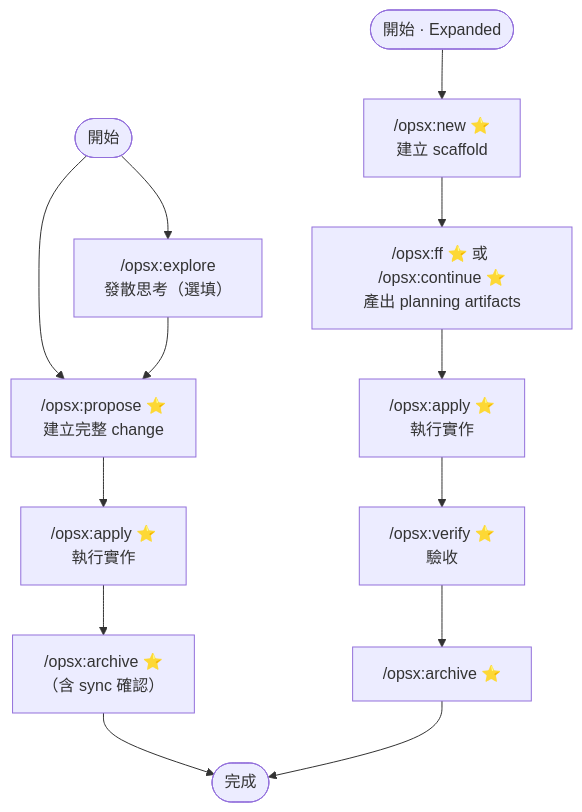
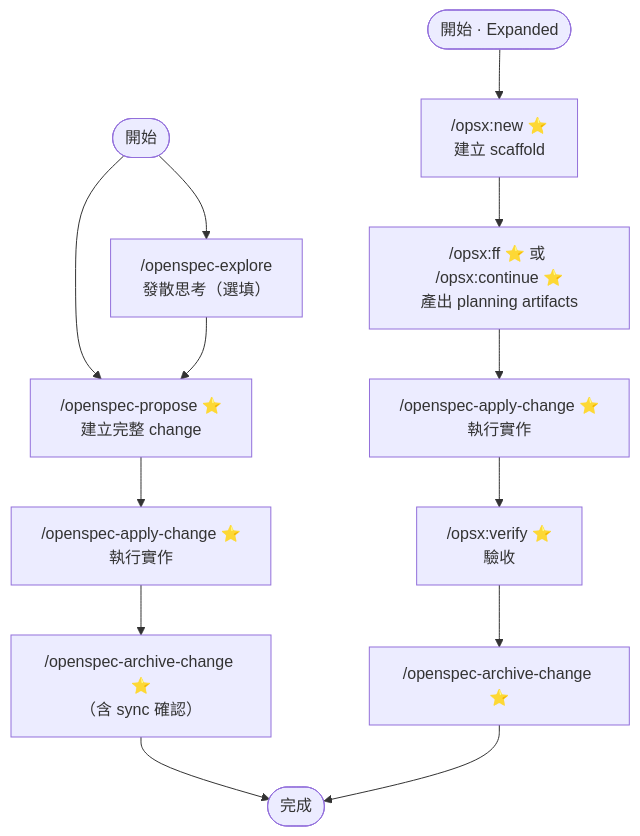
Before and after one commit to lllloo/obsidian-memory: the first of 2 diagrams in Topics/AI-Agent-工作流/OpenSpec/OpenSpec-流程.md, drawn with Mermaid. The commit also changed other lines of this file, not shown here.

````diff
--- a/Topics/AI-Agent-工作流/OpenSpec/OpenSpec-流程.md
+++ b/Topics/AI-Agent-工作流/OpenSpec/OpenSpec-流程.md
@@ -34,16 +36,16 @@
 ```mermaid
 flowchart TD
-    Start([開始]) --> EX["/opsx:explore<br/>發散思考（選填）"]
+    Start([開始]) --> EX["/openspec-explore<br/>發散思考（選填）"]
     Start --> PR
-    EX --> PR["/opsx:propose ⭐<br/>建立完整 change"]
-    PR --> AP1["/opsx:apply ⭐<br/>執行實作"]
-    AP1 --> AR1["/opsx:archive ⭐<br/>（含 sync 確認）"]
+    EX --> PR["/openspec-propose ⭐<br/>建立完整 change"]
+    PR --> AP1["/openspec-apply-change ⭐<br/>執行實作"]
+    AP1 --> AR1["/openspec-archive-change ⭐<br/>（含 sync 確認）"]
     AR1 --> Done([完成])
 
     Start2([開始 · Expanded]) --> NW["/opsx:new ⭐<br/>建立 scaffold"]
     NW --> FFCT["/opsx:ff ⭐ 或 /opsx:continue ⭐<br/>產出 planning artifacts"]
-    FFCT --> AP2["/opsx:apply ⭐<br/>執行實作"]
+    FFCT --> AP2["/openspec-apply-change ⭐<br/>執行實作"]
     AP2 --> VF["/opsx:verify ⭐<br/>驗收"]
-    VF --> AR2["/opsx:archive ⭐"]
+    VF --> AR2["/openspec-archive-change ⭐"]
     AR2 --> Done
 ```
````
